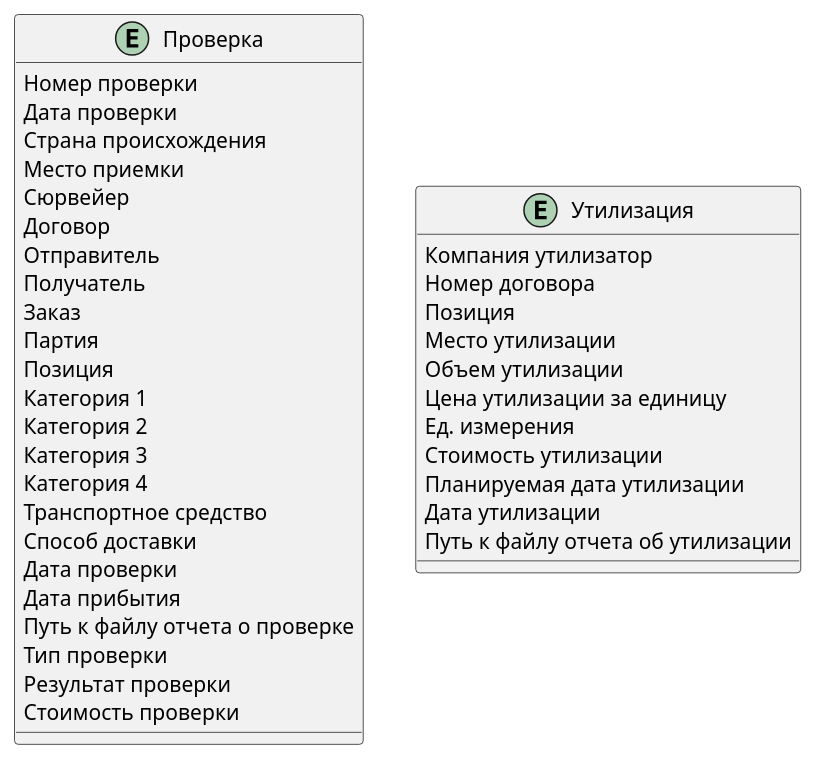
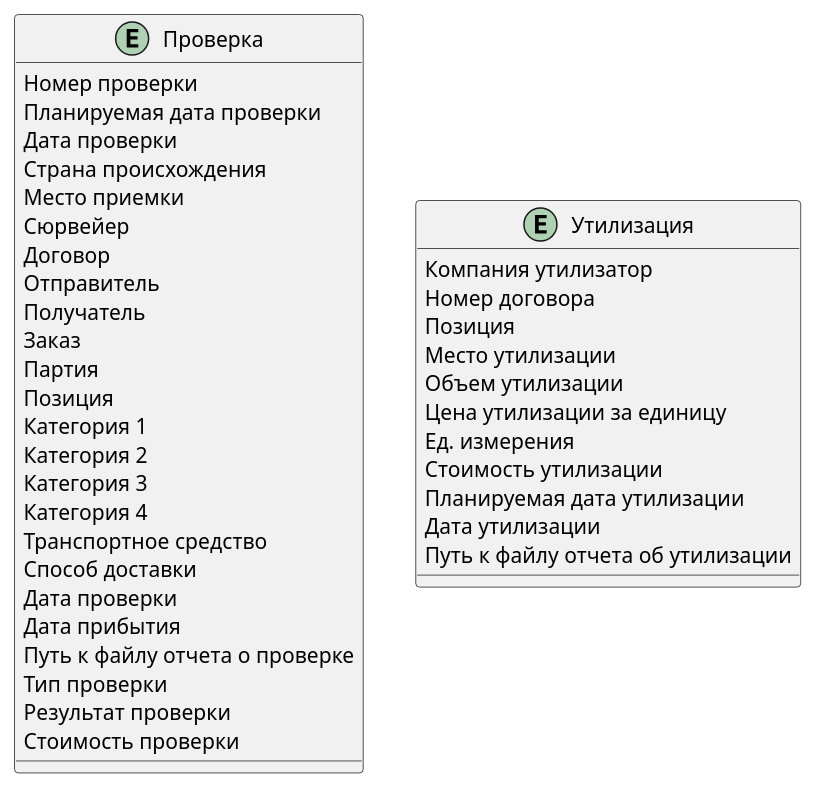
Before and after one commit to rsnlearn/karpov_hard_de_40: the diagram in 01_dwh_design/08_project/erd/inspections_initial.puml, drawn with PlantUML.

Commit message:
Update inspections_initial.puml add Планируемая дата проверки field

```diff
--- a/01_dwh_design/08_project/erd/inspections_initial.puml
+++ b/01_dwh_design/08_project/erd/inspections_initial.puml
@@ -1,48 +1,49 @@
 @startuml
 ' hide the spot
 ' hide circle
 
 ' avoid problems with angled crows feet
 skinparam linetype ortho
 
 entity Проверка {
 Номер проверки
+Планируемая дата проверки
 Дата проверки
 Страна происхождения
 Место приемки
 Сюрвейер
 Договор
 Отправитель
 Получатель
 Заказ
 Партия
 Позиция
 Категория 1
 Категория 2
 Категория 3
 Категория 4
 Транспортное средство
 Способ доставки
 Дата проверки
 Дата прибытия
 Путь к файлу отчета о проверке
 Тип проверки
 Результат проверки
 Стоимость проверки
 }
 
 entity Утилизация {
 Компания утилизатор
 Номер договора
 Позиция
 Место утилизации
 Объем утилизации
 Цена утилизации за единицу
 Ед. измерения
 Стоимость утилизации
 Планируемая дата утилизации
 Дата утилизации
 Путь к файлу отчета об утилизации
 }
 
 @enduml
```
